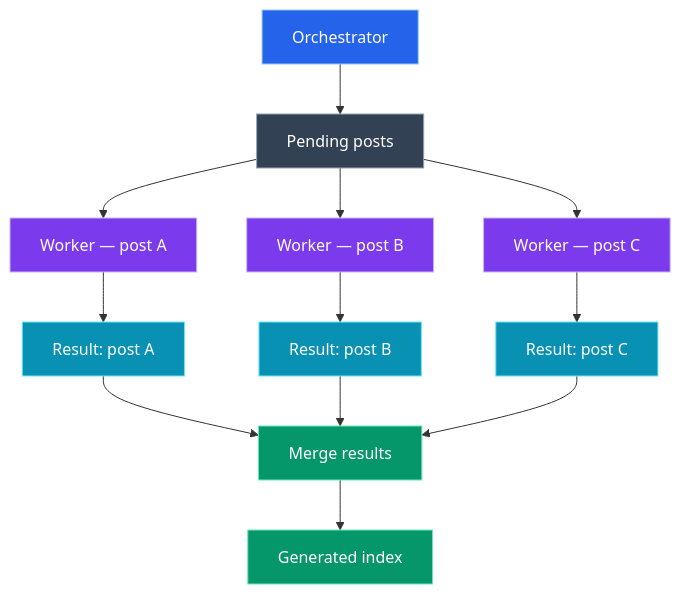
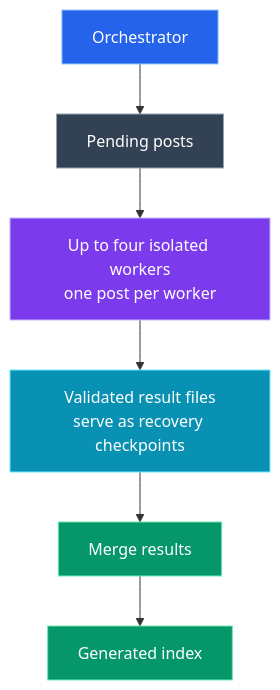
Before and after one commit to g-savitha/gsavitha.in: the fifth of 6 diagrams in src/content/blog/blog-audio-player.md, drawn with Mermaid. The commit also changed other lines of this file, not shown here.

Commit message:
update architecture diagrams

````diff
--- a/src/content/blog/blog-audio-player.md
+++ b/src/content/blog/blog-audio-player.md
@@ -338,22 +328,14 @@
 ```mermaid
 flowchart TD
     ORCH["Orchestrator"]:::primary --> QUEUE["Pending posts"]:::content
-    QUEUE --> W1["Worker — post A"]:::accent
-    QUEUE --> W2["Worker — post B"]:::accent
-    QUEUE --> W3["Worker — post C"]:::accent
-
-    W1 --> R1["Result: post A"]:::info
-    W2 --> R2["Result: post B"]:::info
-    W3 --> R3["Result: post C"]:::info
-
-    R1 --> MERGE["Merge results"]:::success
-    R2 --> MERGE
-    R3 --> MERGE
+    QUEUE --> WORKERS["Up to four isolated workers\none post per worker"]:::accent
+    WORKERS --> RESULTS["Validated result files\nserve as recovery checkpoints"]:::info
+    RESULTS --> MERGE["Merge results"]:::success
     MERGE --> INDEX["Generated index"]:::success
 
     classDef primary fill:#2563eb,stroke:#93c5fd,color:#ffffff
     classDef accent fill:#7c3aed,stroke:#c4b5fd,color:#ffffff
     classDef success fill:#059669,stroke:#6ee7b7,color:#ffffff
     classDef info fill:#0891b2,stroke:#67e8f9,color:#ffffff
     classDef content fill:#334155,stroke:#94a3b8,color:#ffffff
 ```
````
